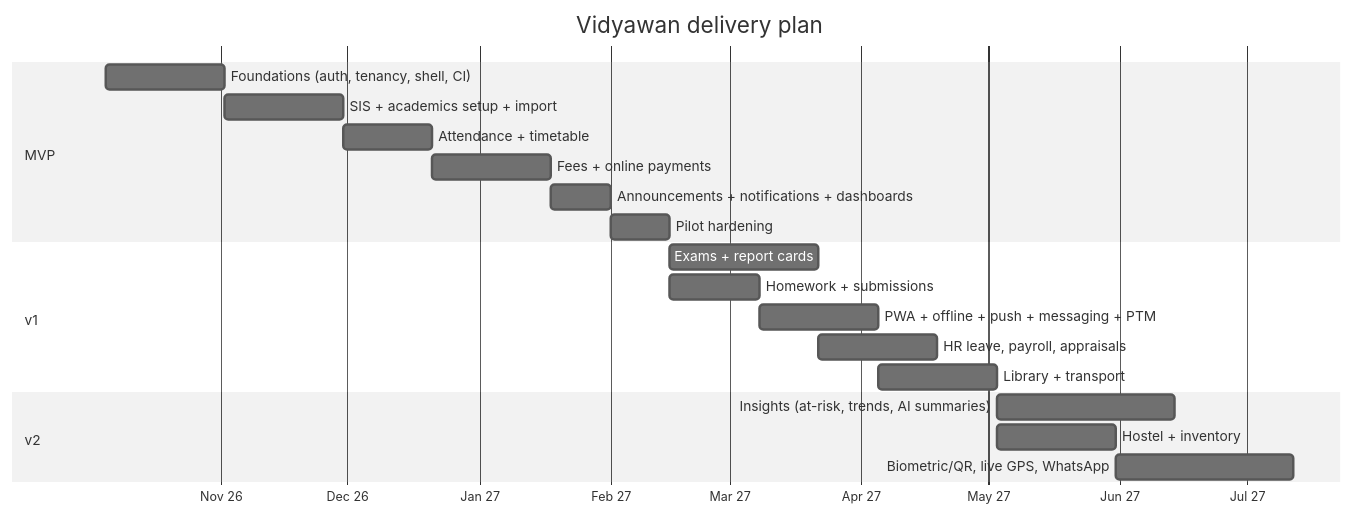
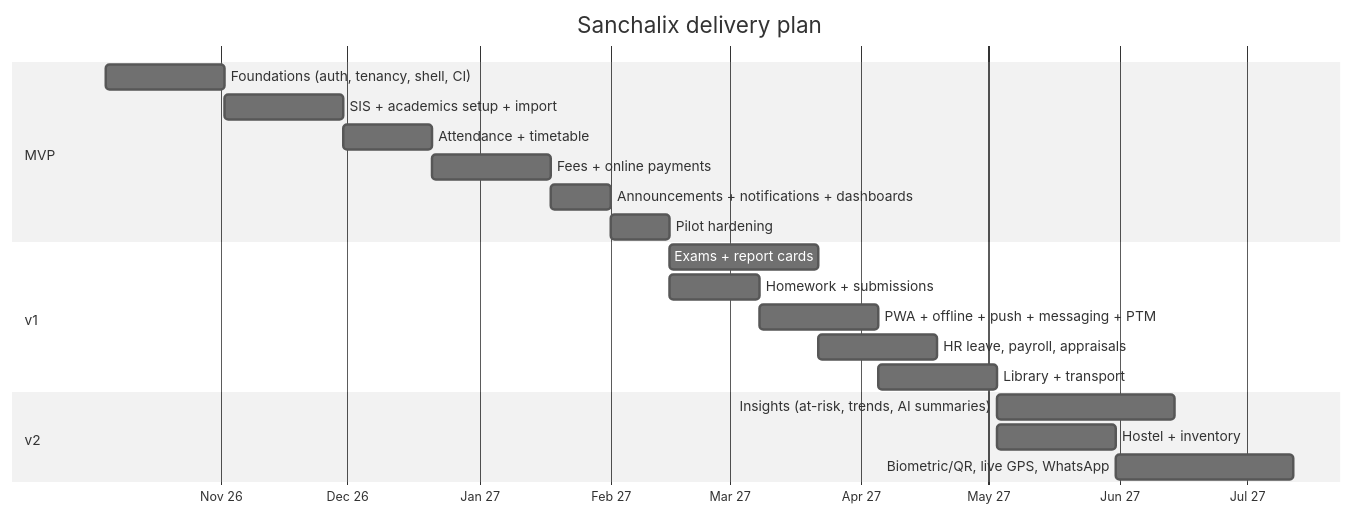
The diagram in Docs/05-roadmap.md (DigiconnUnite/Sanchalix), drawn with Mermaid (neutral theme) before and after one commit. The commit also changed other lines of this file and 43 other files, not shown here.

````diff
--- a/Docs/05-roadmap.md
+++ b/Docs/05-roadmap.md
@@ -5,23 +5,23 @@
 ```mermaid
 gantt
-  title Vidyawan delivery plan
+  title Sanchalix delivery plan
   dateFormat YYYY-MM-DD
   axisFormat %b %y
   section MVP
   Foundations (auth, tenancy, shell, CI)      :m1, 2026-10-05, 4w
   SIS + academics setup + import              :m2, after m1, 4w
   Attendance + timetable                      :m3, after m2, 3w
   Fees + online payments                      :m4, after m3, 4w
   Announcements + notifications + dashboards  :m5, after m4, 2w
   Pilot hardening                             :m6, after m5, 2w
   section v1
   Exams + report cards                        :v1a, after m6, 5w
   Homework + submissions                      :v1b, after m6, 3w
   PWA + offline + push + messaging + PTM      :v1c, after v1b, 4w
   HR leave, payroll, appraisals               :v1d, after v1a, 4w
   Library + transport                         :v1e, after v1c, 4w
   section v2
   Insights (at-risk, trends, AI summaries)    :v2a, after v1e, 6w
   Hostel + inventory                          :v2b, after v1e, 4w
   Biometric/QR, live GPS, WhatsApp            :v2c, after v2b, 6w
 ```
````
